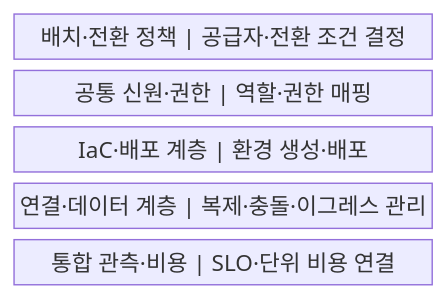
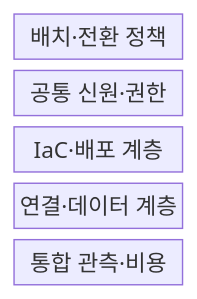
Before and after one commit to agnusdei1207/knowledge-base: the first of 2 diagrams in src/content/docs/notes/03-software/143_multi_cloud_strategy.md, drawn with Mermaid. The commit also changed other lines of this file and 238 other files, not shown here.

````diff
--- a/src/content/docs/notes/03-software/143_multi_cloud_strategy.md
+++ b/src/content/docs/notes/03-software/143_multi_cloud_strategy.md
@@ -58,9 +58,9 @@
 ```mermaid
-block
+block-beta
     columns 1
-    A["배치·전환 정책 | 공급자·전환 조건 결정"]
-    B["공통 신원·권한 | 역할·권한 매핑"]
-    C["IaC·배포 계층 | 환경 생성·배포"]
-    D["연결·데이터 계층 | 복제·충돌·이그레스 관리"]
-    E["통합 관측·비용 | SLO·단위 비용 연결"]
+    A["배치·전환 정책"]
+    B["공통 신원·권한"]
+    C["IaC·배포 계층"]
+    D["연결·데이터 계층"]
+    E["통합 관측·비용"]
 ```
````
